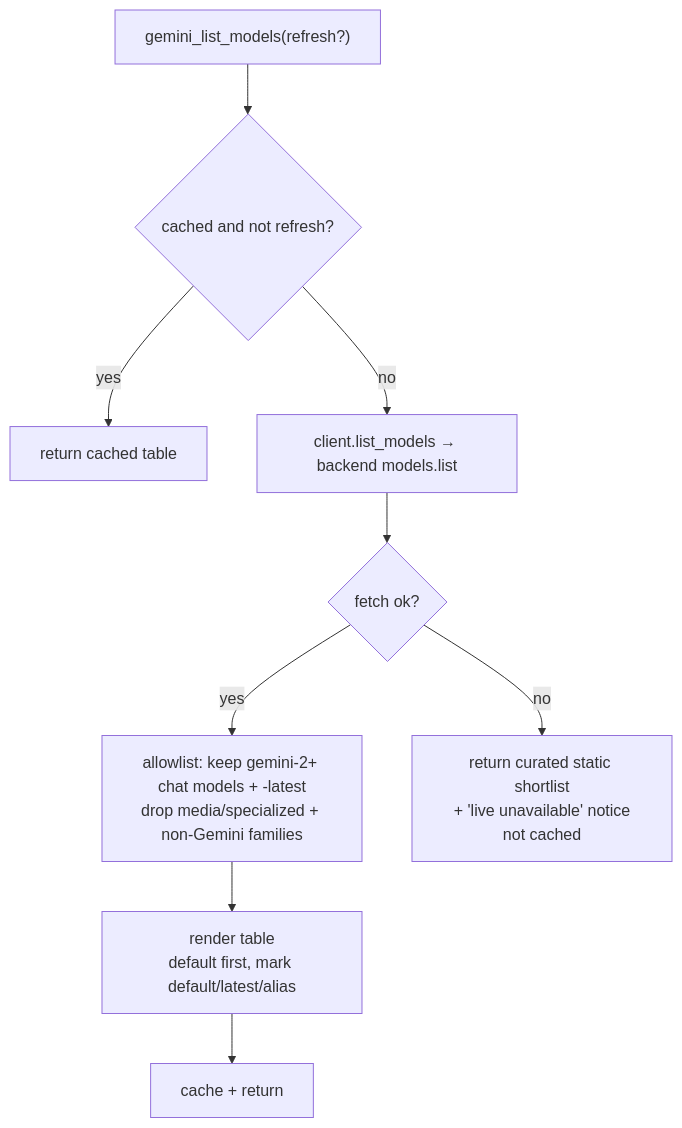
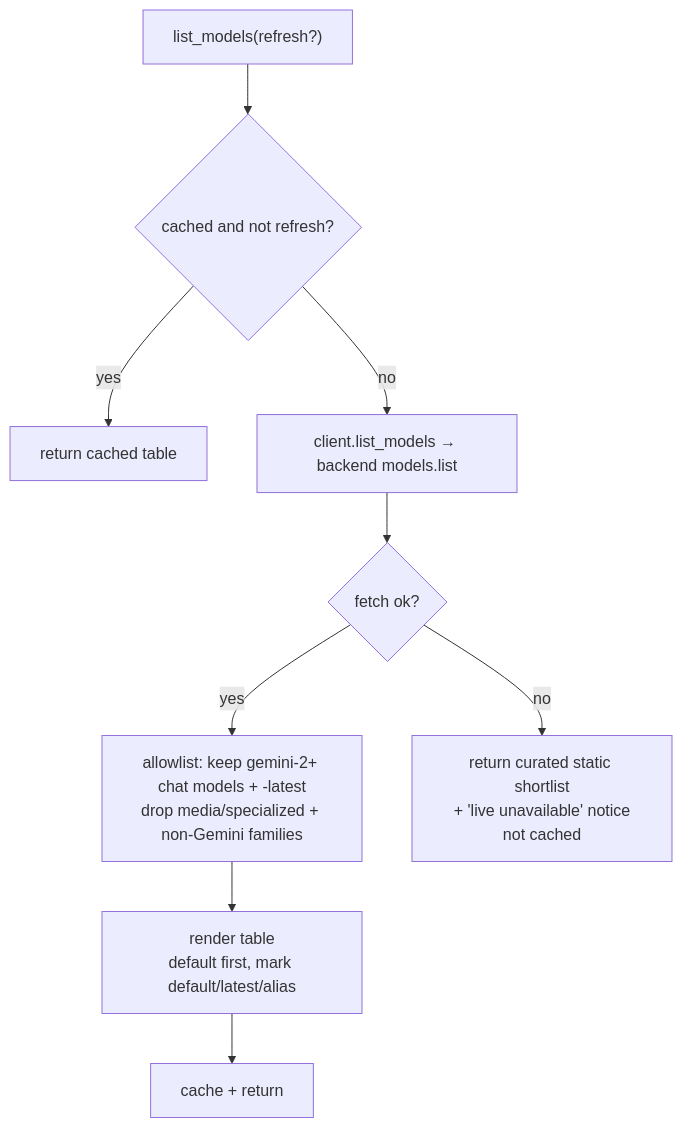
One commit to FlintAndFilament/gemini-bridge changed the diagram in docs/tools.md. Above: the diagram before and after it, drawn with Mermaid. The commit also changed other lines of this file and 37 other files, not shown here.

````diff
--- a/docs/tools.md
+++ b/docs/tools.md
@@ -492,11 +492,11 @@
 ```mermaid
 flowchart TD
-    A["gemini_list_models(refresh?)"] --> B{cached and not refresh?}
+    A["list_models(refresh?)"] --> B{cached and not refresh?}
     B -->|yes| C[return cached table]
     B -->|no| D["client.list_models → backend models.list"]
     D --> E{fetch ok?}
     E -->|yes| F["allowlist: keep gemini-2+ chat models + -latest<br/>drop media/specialized + non-Gemini families"]
     F --> G[render table<br/>default first, mark default/latest/alias]
     G --> H[cache + return]
     E -->|no| I[return curated static shortlist<br/>+ 'live unavailable' notice<br/>not cached]
 ```
````
